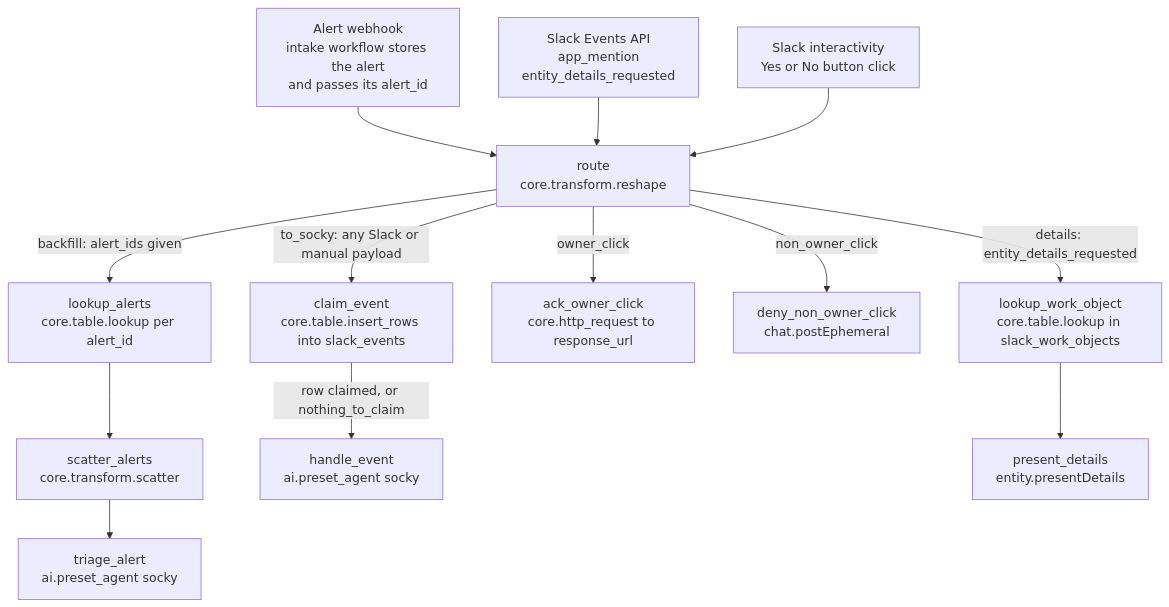
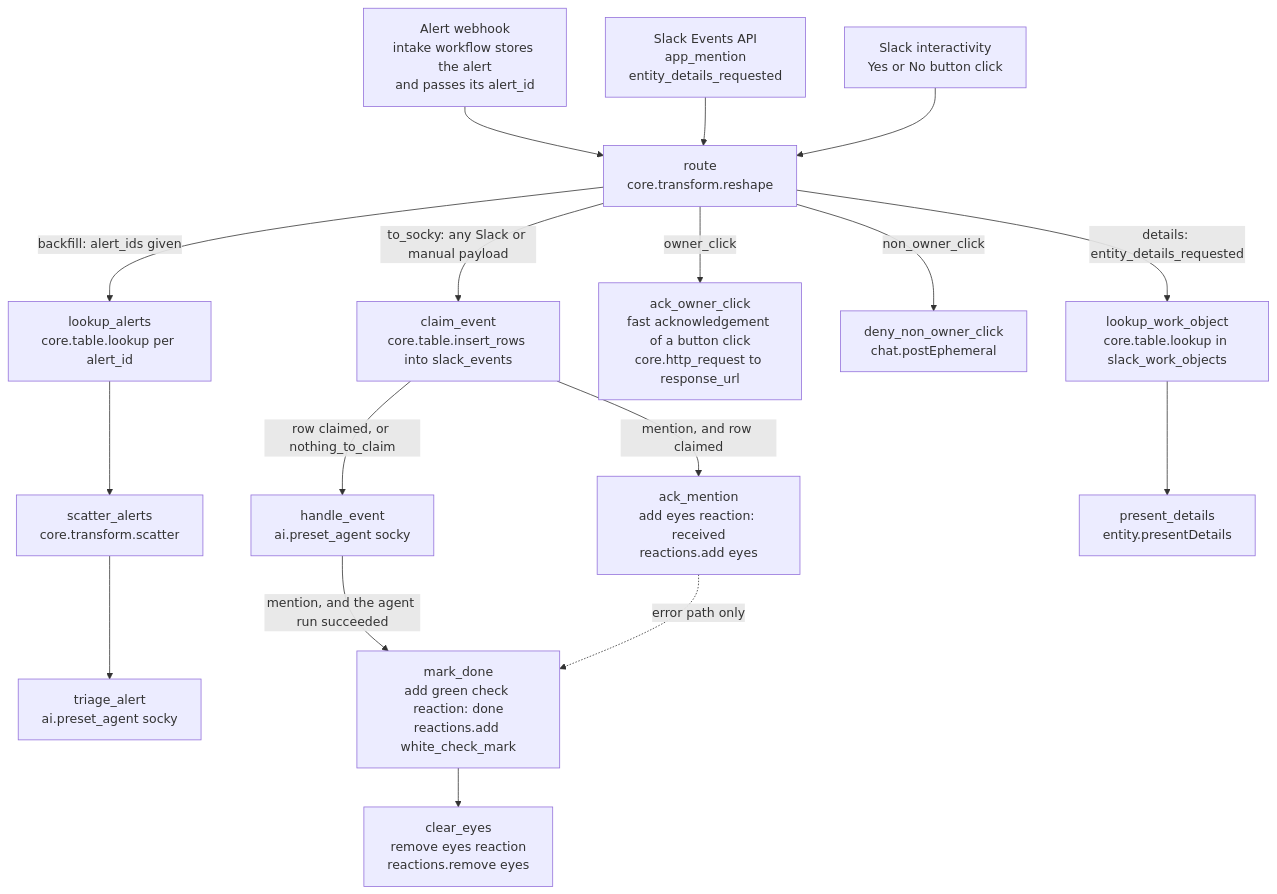
Before and after one commit to TracecatHQ/tracecat: the diagram in examples/001-distributed-alerting/workflow.md, drawn with Mermaid. The commit also changed other lines of this file and 4 other files, not shown here.

````diff
--- a/examples/001-distributed-alerting/workflow.md
+++ b/examples/001-distributed-alerting/workflow.md
@@ -7,25 +7,30 @@
 ```mermaid
 flowchart TD
     t_alert["Alert webhook<br/>intake workflow stores the alert<br/>and passes its alert_id"]
     t_events["Slack Events API<br/>app_mention<br/>entity_details_requested"]
     t_click["Slack interactivity<br/>Yes or No button click"]
 
     route["route<br/>core.transform.reshape"]
 
     t_alert --> route
     t_events --> route
     t_click --> route
 
     route -->|"backfill: alert_ids given"| lookup_alerts["lookup_alerts<br/>core.table.lookup per alert_id"]
     lookup_alerts --> scatter_alerts["scatter_alerts<br/>core.transform.scatter"]
     scatter_alerts --> triage_alert["triage_alert<br/>ai.preset_agent socky"]
 
     route -->|"to_socky: any Slack or manual payload"| claim_event["claim_event<br/>core.table.insert_rows into slack_events"]
     claim_event -->|"row claimed, or nothing_to_claim"| handle_event["handle_event<br/>ai.preset_agent socky"]
 
-    route -->|"owner_click"| ack_owner_click["ack_owner_click<br/>core.http_request to response_url"]
+    claim_event -->|"mention, and row claimed"| ack_mention["ack_mention<br/>add eyes reaction: received<br/>reactions.add eyes"]
+    handle_event -->|"mention, and the agent run succeeded"| mark_done["mark_done<br/>add green check reaction: done<br/>reactions.add white_check_mark"]
+    ack_mention -.->|"error path only"| mark_done
+    mark_done --> clear_eyes["clear_eyes<br/>remove eyes reaction<br/>reactions.remove eyes"]
+
+    route -->|"owner_click"| ack_owner_click["ack_owner_click<br/>fast acknowledgement of a button click<br/>core.http_request to response_url"]
     route -->|"non_owner_click"| deny_non_owner_click["deny_non_owner_click<br/>chat.postEphemeral"]
 
     route -->|"details: entity_details_requested"| lookup_work_object["lookup_work_object<br/>core.table.lookup in slack_work_objects"]
     lookup_work_object --> present_details["present_details<br/>entity.presentDetails"]
 ```
````
